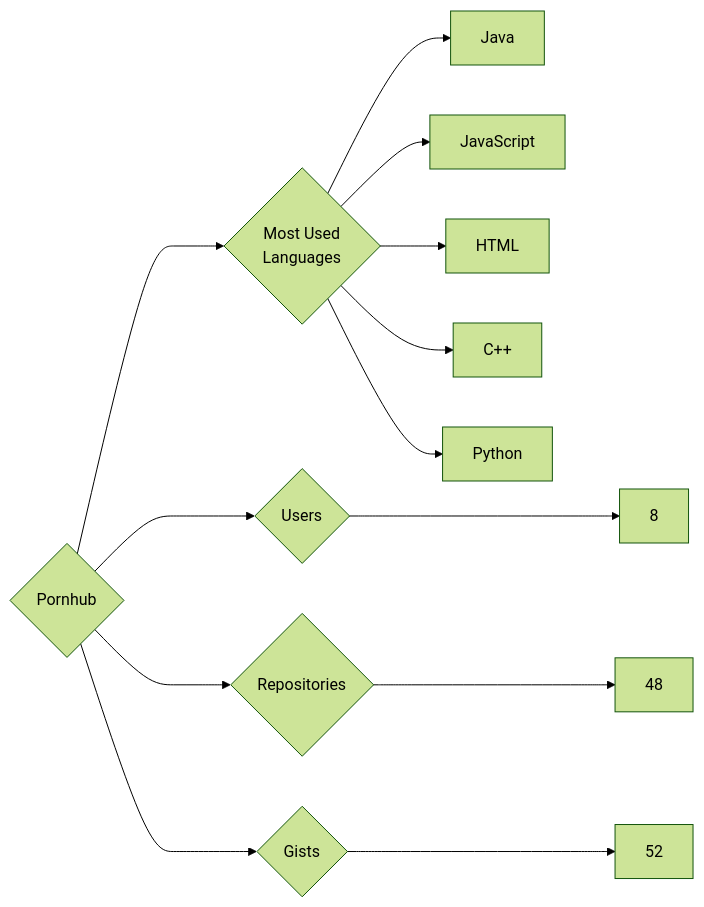
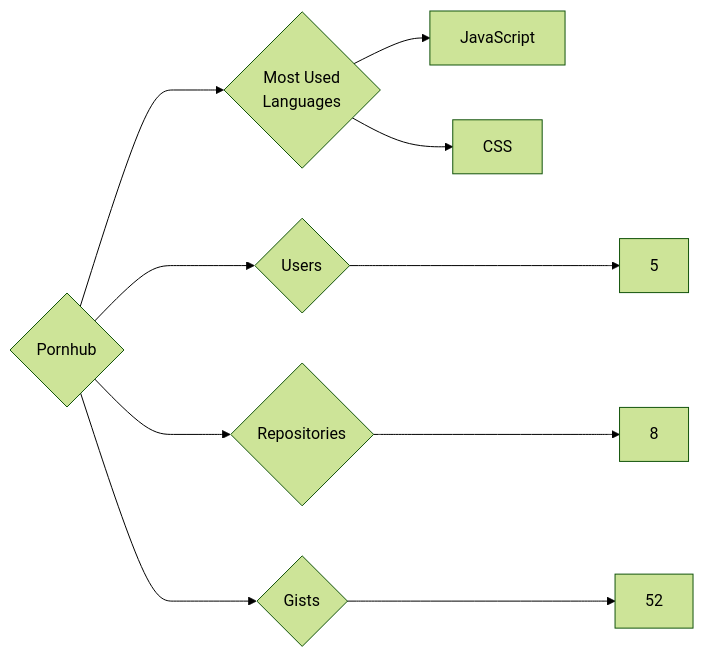
Before and after one commit to trickest/insiders: the diagram in targets/Pornhub/README.md, drawn with Mermaid (forest theme). The commit also changed 976 other files, not shown here.

````diff
--- a/targets/Pornhub/README.md
+++ b/targets/Pornhub/README.md
@@ -3,13 +3,10 @@
 ```mermaid
 graph LR
 COMPANY_NAME{Pornhub}
-COMPANY_NAME ---> U{Users} ---> UN[8]
-COMPANY_NAME ---> R{Repositories} ---> RN[48]
+COMPANY_NAME ---> U{Users} ---> UN[5]
+COMPANY_NAME ---> R{Repositories} ---> RN[8]
 COMPANY_NAME ---> G{Gists} ---> GN[52]
 COMPANY_NAME ---> ML{Most Used<br>Languages}
-ML --> Java[Java]
 ML --> JavaScript[JavaScript]
-ML --> HTML[HTML]
-ML --> C++[C++]
-ML --> Python[Python]
+ML --> CSS[CSS]
 ```
````
